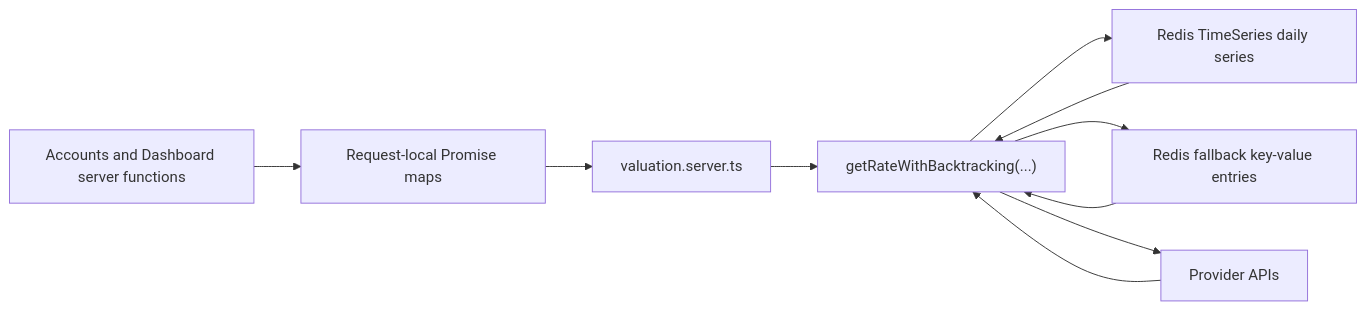
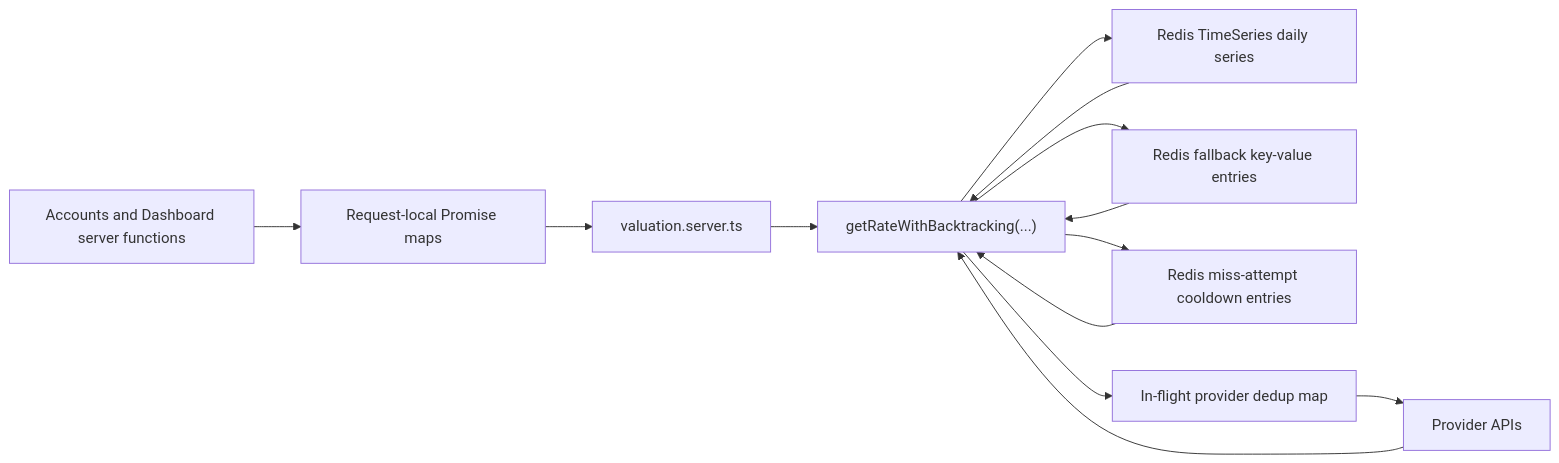
One commit to fxmkdev/cashfolio2 changed the first of 3 diagrams in apps/cashfolio-app2/docs/valuation-caching.md. Above: the diagram before and after it, drawn with Mermaid. The commit also changed other lines of this file, not shown here.

````diff
--- a/apps/cashfolio-app2/docs/valuation-caching.md
+++ b/apps/cashfolio-app2/docs/valuation-caching.md
@@ -48,12 +50,15 @@
 ```mermaid
 flowchart LR
   A["Accounts and Dashboard server functions"] --> B["Request-local Promise maps"]
   B --> C["valuation.server.ts"]
   C --> D["getRateWithBacktracking(...)"]
   D --> E["Redis TimeSeries daily series"]
   D --> F["Redis fallback key-value entries"]
-  D --> G["Provider APIs"]
+  D --> H["Redis miss-attempt cooldown entries"]
+  D --> I["In-flight provider dedup map"]
+  I --> G["Provider APIs"]
   G --> D
   E --> D
   F --> D
+  H --> D
 ```
````
